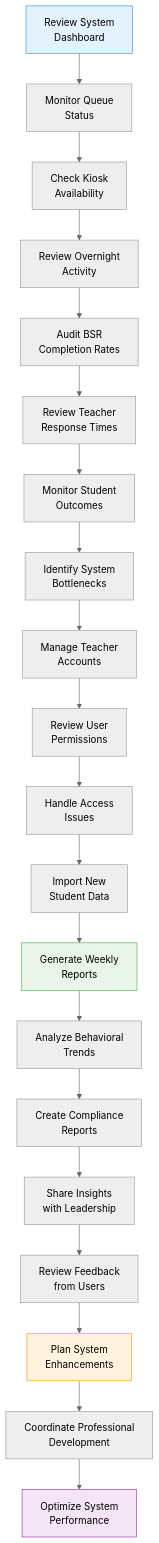
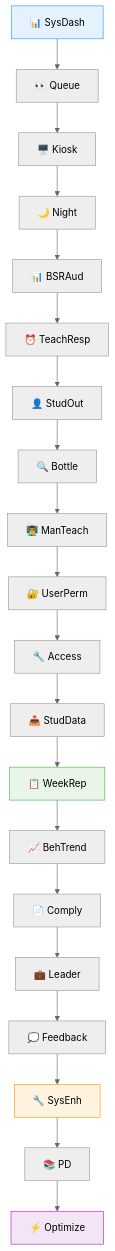
The first of 6 diagrams in docs/flowcharts/User-Journeys/13-admin-oversight-journey.md (Splurfa/bx-os), drawn with Mermaid (neutral theme) before and after one commit. The commit also changed other lines of this file and 4 other files, not shown here.

Commit message:
Fix all flowchart text cutoff

````diff
--- a/docs/flowcharts/User-Journeys/13-admin-oversight-journey.md
+++ b/docs/flowcharts/User-Journeys/13-admin-oversight-journey.md
@@ -7,27 +7,27 @@
 ```mermaid
 flowchart TD
-    A[Review System<br/>Dashboard] --> B[Monitor Queue<br/>Status]
-    B --> C[Check Kiosk<br/>Availability]
-    C --> D[Review Overnight<br/>Activity]
-    D --> E[Audit BSR<br/>Completion Rates]
-    E --> F[Review Teacher<br/>Response Times]
-    F --> G[Monitor Student<br/>Outcomes]
-    G --> H[Identify System<br/>Bottlenecks]
-    H --> I[Manage Teacher<br/>Accounts]
-    I --> J[Review User<br/>Permissions]
-    J --> K[Handle Access<br/>Issues]
-    K --> L[Import New<br/>Student Data]
-    L --> M[Generate Weekly<br/>Reports]
-    M --> N[Analyze Behavioral<br/>Trends]
-    N --> O[Create Compliance<br/>Reports]
-    O --> P[Share Insights<br/>with Leadership]
-    P --> Q[Review Feedback<br/>from Users]
-    Q --> R[Plan System<br/>Enhancements]
-    R --> S[Coordinate Professional<br/>Development]
-    S --> T[Optimize System<br/>Performance]
+    A[📊 SysDash] --> B[👀 Queue]
+    B --> C[🖥️ Kiosk]
+    C --> D[🌙 Night]
+    D --> E[📊 BSRAud]
+    E --> F[⏰ TeachResp]
+    F --> G[👤 StudOut]
+    G --> H[🔍 Bottle]
+    H --> I[👨‍🏫 ManTeach]
+    I --> J[🔐 UserPerm]
+    J --> K[🔧 Access]
+    K --> L[📥 StudData]
+    L --> M[📋 WeekRep]
+    M --> N[📈 BehTrend]
+    N --> O[📄 Comply]
+    O --> P[💼 Leader]
+    P --> Q[💭 Feedback]
+    Q --> R[🔧 SysEnh]
+    R --> S[📚 PD]
+    S --> T[⚡ Optimize]
     
     style A fill:#e3f2fd,stroke:#2196f3
     style M fill:#e8f5e8,stroke:#4caf50
     style R fill:#fff3e0,stroke:#ff9800
     style T fill:#f3e5f5,stroke:#9c27b0
 ```
````
